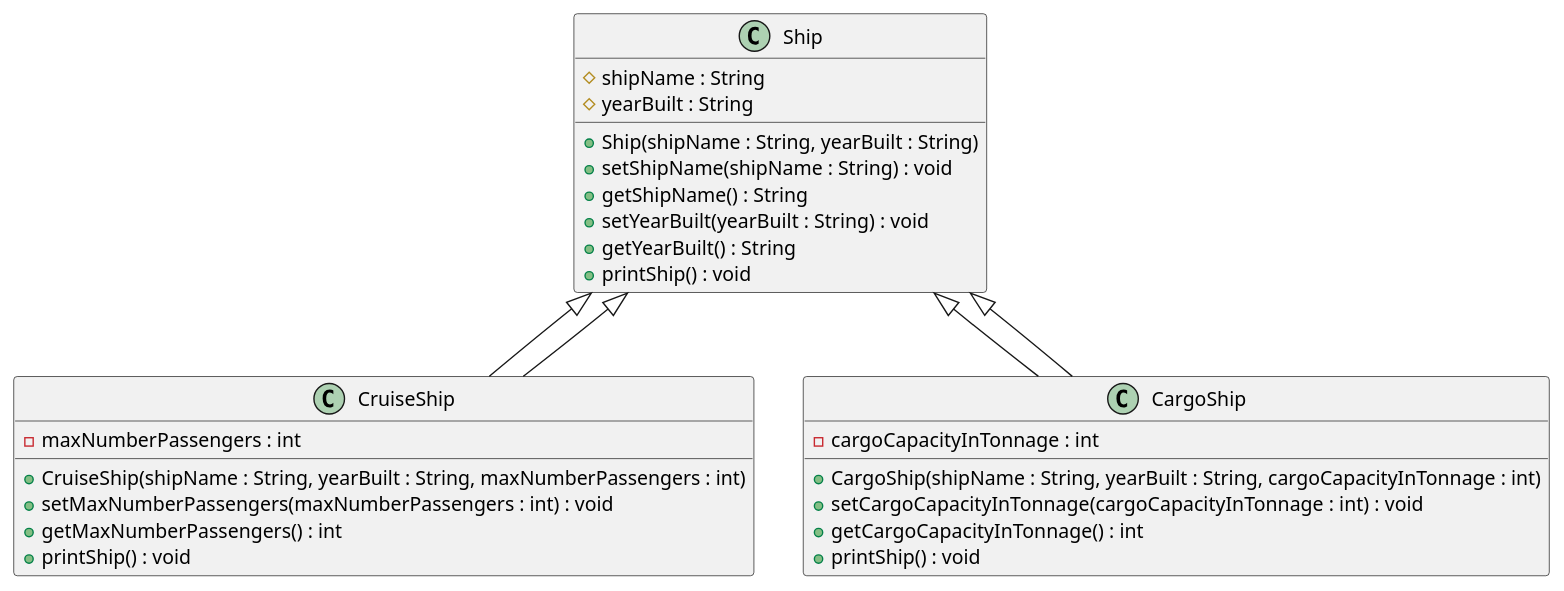
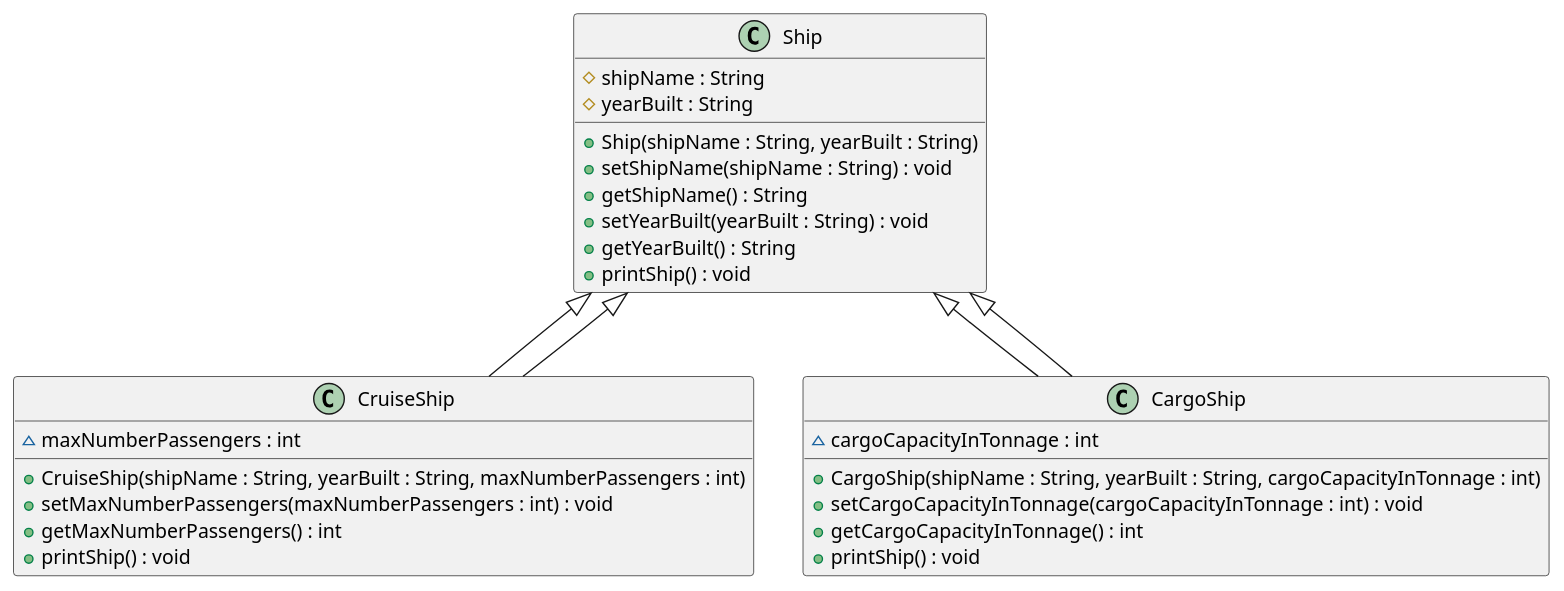
One commit to SubhamCPP/CS5800 changed the diagram in HomeWork03/HomeWork-03/src/Class_Diagram_Part2.puml. Above: the diagram before and after it, drawn with PlantUML. The commit also changed 8 other files, not shown here.

```diff
--- a/HomeWork03/HomeWork-03/src/Class_Diagram_Part2.puml
+++ b/HomeWork03/HomeWork-03/src/Class_Diagram_Part2.puml
@@ -1,39 +1,39 @@
 @startuml
 
 ' Definition for the base Ship class
 class Ship {
     #shipName : String
     #yearBuilt : String
 
     +Ship(shipName : String, yearBuilt : String)
     +setShipName(shipName : String) : void
     +getShipName() : String
     +setYearBuilt(yearBuilt : String) : void
     +getYearBuilt() : String
     +printShip() : void
 }
 
 ' Definition for the CruiseShip class that extends Ship
 class CruiseShip extends Ship {
-    -maxNumberPassengers : int
+    ~maxNumberPassengers : int
 
     +CruiseShip(shipName : String, yearBuilt : String, maxNumberPassengers : int)
     +setMaxNumberPassengers(maxNumberPassengers : int) : void
     +getMaxNumberPassengers() : int
     +printShip() : void
 }
 
 ' Definition for the CargoShip class that extends Ship
 class CargoShip extends Ship {
-    -cargoCapacityInTonnage : int
+    ~cargoCapacityInTonnage : int
 
     +CargoShip(shipName : String, yearBuilt : String, cargoCapacityInTonnage : int)
     +setCargoCapacityInTonnage(cargoCapacityInTonnage : int) : void
     +getCargoCapacityInTonnage() : int
     +printShip() : void
 }
 
 Ship <|-- CruiseShip
 Ship <|-- CargoShip
 
 @enduml
```
